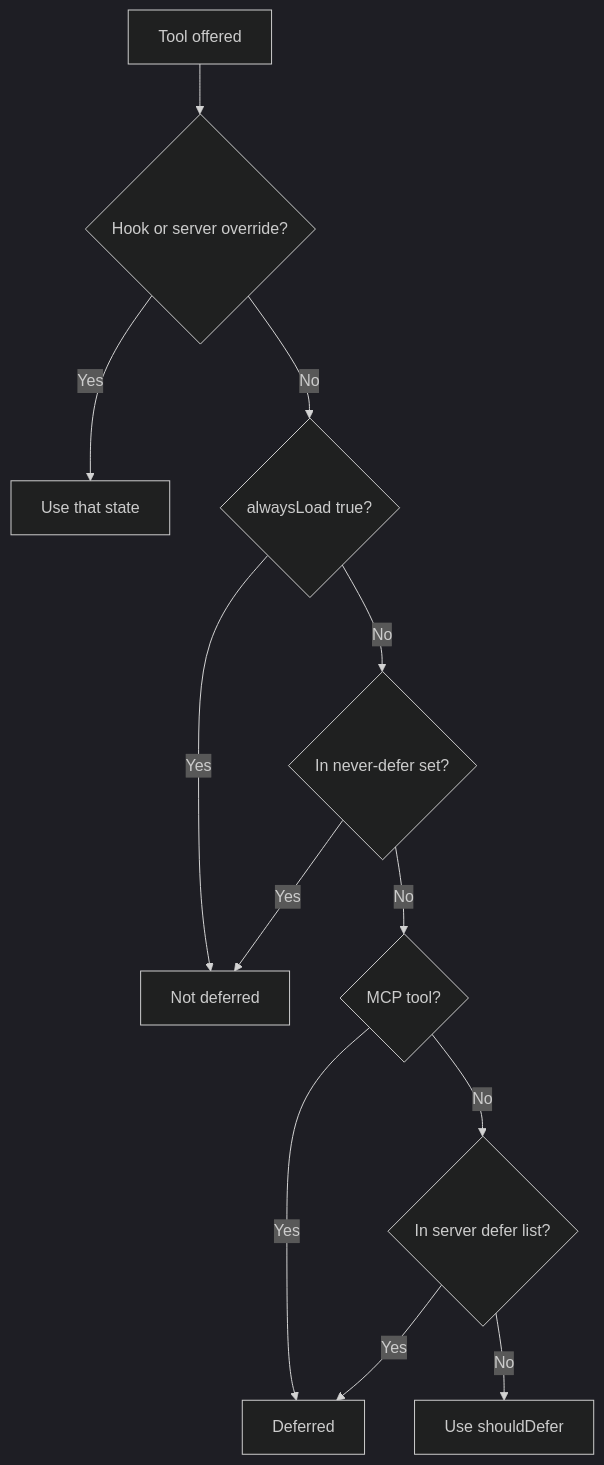
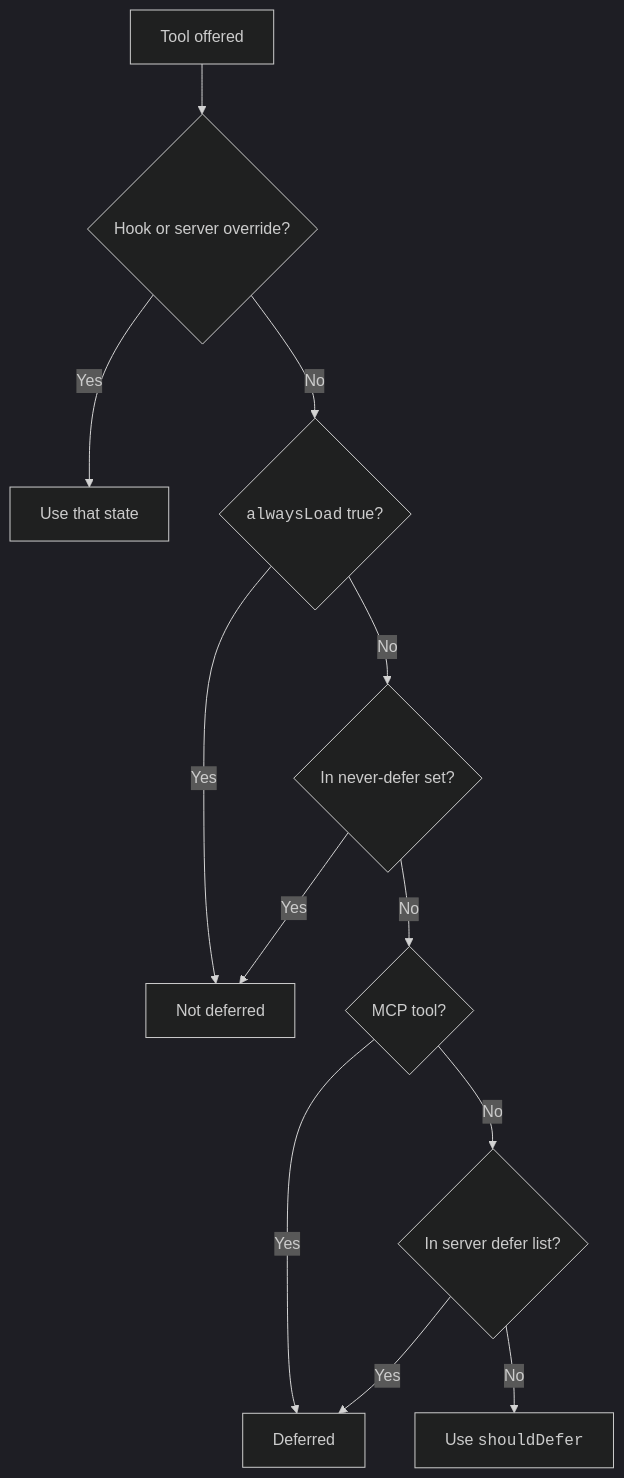
Before and after one commit to xsyetopz/claude-code-docs: the diagram in docs/reference/tools/index.md, drawn with Mermaid (dark theme). The commit also changed other lines of this file and 164 other files, not shown here.

First line of the commit message:
docs: linked citations, yes/no markers, file trees, code in diagrams

````diff
--- a/docs/reference/tools/index.md
+++ b/docs/reference/tools/index.md
@@ -87,14 +87,14 @@
 ```mermaid
 flowchart TD
   A[Tool offered] --> B{Hook or server override?}
   B -->|Yes| Z[Use that state]
-  B -->|No| C{alwaysLoad true?}
+  B -->|No| C{"<code>alwaysLoad</code> true?"}
   C -->|Yes| N[Not deferred]
   C -->|No| D{In never-defer set?}
   D -->|Yes| N
   D -->|No| E{MCP tool?}
   E -->|Yes| F[Deferred]
   E -->|No| G{In server defer list?}
   G -->|Yes| F
-  G -->|No| H[Use shouldDefer]
+  G -->|No| H["Use <code>shouldDefer</code>"]
 ```
````
